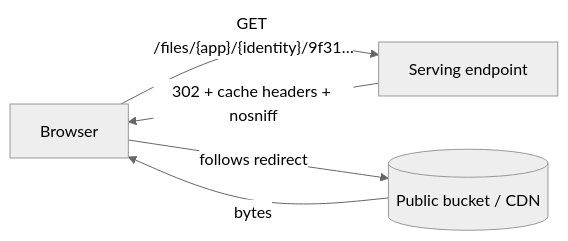
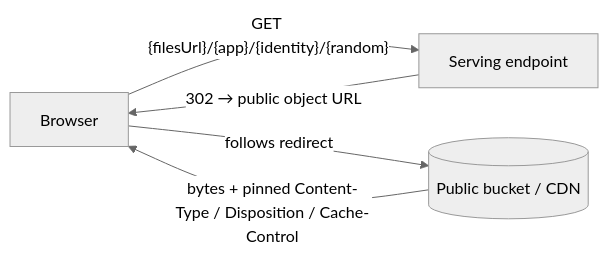
Before and after one commit to garden-co/jazz: the fourth of 5 diagrams in docs/superpowers/specs/2026-07-09-files-design-explained.md, drawn with Mermaid (neutral theme). The commit also changed other lines of this file, not shown here.

Commit message:
Rewrite files explainer from scratch: user APIs and flow diagrams

````diff
--- a/docs/superpowers/specs/2026-07-09-files-design-explained.md
+++ b/docs/superpowers/specs/2026-07-09-files-design-explained.md
@@ -296,7 +286,7 @@
 ```mermaid
 flowchart LR
-    B[Browser] -- "GET /files/{app}/{identity}/9f31…" --> E[Serving endpoint]
-    E -- "302 + cache headers + nosniff" --> B
+    B[Browser] -- "GET {filesUrl}/{app}/{identity}/{random}" --> E[Serving endpoint]
+    E -- "302 → public object URL" --> B
     B -- follows redirect --> O[(Public bucket / CDN)]
-    O -- bytes --> B
+    O -- "bytes + pinned Content-Type / Disposition / Cache-Control" --> B
 ```
````
